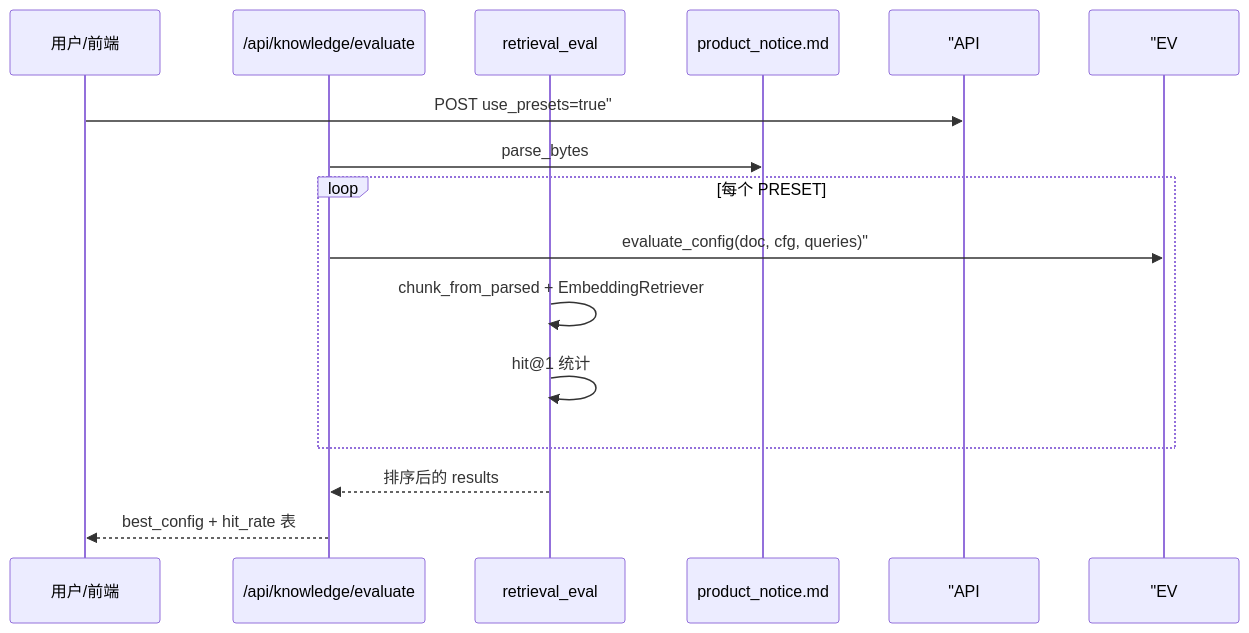
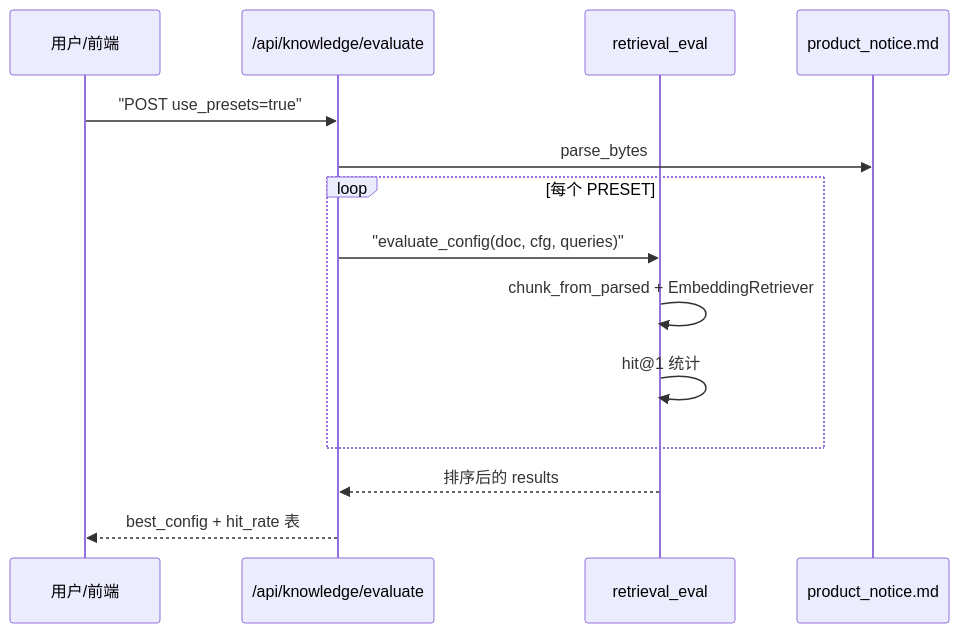
Before and after one commit to ab6539763/70_days_course_plus: the first of 2 diagrams in course/day27/04_流程图与示意图.md, drawn with Mermaid. The commit also changed 80 other files, not shown here.

First line of the commit message:
fix(course): 修复 Mermaid 图表渲染报错 + 同步嵌入代码快照

````diff
--- a/course/day27/04_流程图与示意图.md
+++ b/course/day27/04_流程图与示意图.md
@@ -5,17 +5,17 @@
 ```mermaid
 sequenceDiagram
     participant U as 用户/前端
     participant API as /api/knowledge/evaluate
     participant EV as retrieval_eval
     participant P as product_notice.md
 
-    U->> "API: POST use_presets=true"
+    U->>API: "POST use_presets=true"
     API->>P: parse_bytes
     loop 每个 PRESET
-        API->> "EV: evaluate_config(doc, cfg, queries)"
+        API->>EV: "evaluate_config(doc, cfg, queries)"
         EV->>EV: chunk_from_parsed + EmbeddingRetriever
         EV->>EV: hit@1 统计
     end
     EV-->>API: 排序后的 results
     API-->>U: best_config + hit_rate 表
 ```
````
